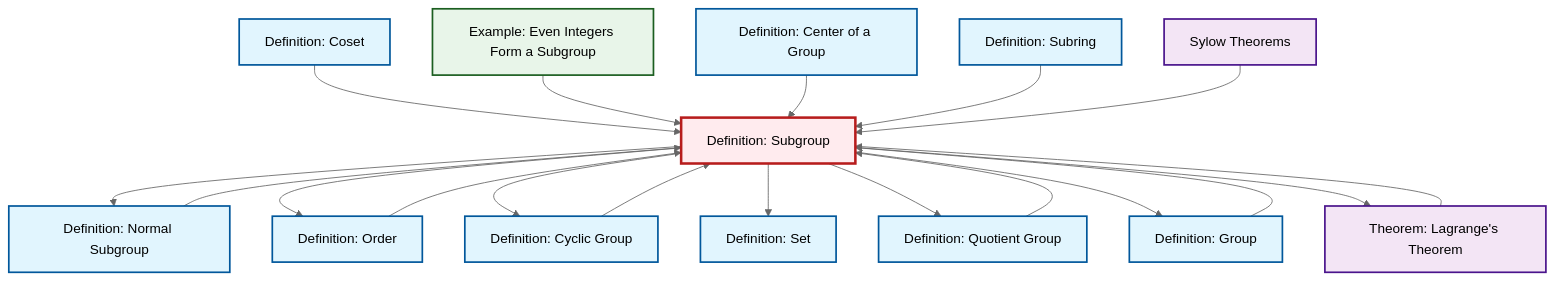
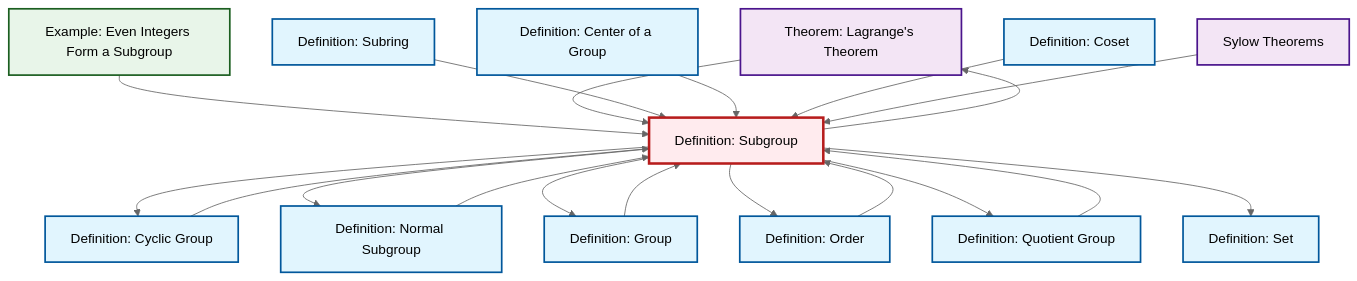
The diagram in content/en/algebra/def-subgroup.qmd (RK0429/ModernMath), drawn with Mermaid (neutral theme) before and after one commit. The commit also changed other lines of this file and 1069 other files, not shown here.

````diff
--- a/content/en/algebra/def-subgroup.qmd
+++ b/content/en/algebra/def-subgroup.qmd
@@ -53,53 +53,53 @@
 ```{mermaid}
 %%| fig-cap: "Local dependency graph"
 graph TD
     classDef definition fill:#e1f5fe,stroke:#01579b,stroke-width:2px
     classDef theorem fill:#f3e5f5,stroke:#4a148c,stroke-width:2px
     classDef axiom fill:#fff3e0,stroke:#e65100,stroke-width:2px
     classDef example fill:#e8f5e9,stroke:#1b5e20,stroke-width:2px
     classDef current fill:#ffebee,stroke:#b71c1c,stroke-width:3px
+    def-set["Definition: Set"]:::definition
+    thm-lagrange["Theorem: Lagrange's Theorem"]:::theorem
+    def-cyclic-group["Definition: Cyclic Group"]:::definition
+    def-normal-subgroup["Definition: Normal Subgroup"]:::definition
+    thm-sylow["Sylow Theorems"]:::theorem
+    def-order["Definition: Order"]:::definition
     ex-even-integers-subgroup["Example: Even Integers Form a Subgroup"]:::example
-    def-set["Definition: Set"]:::definition
+    def-subgroup["Definition: Subgroup"]:::definition
+    def-quotient-group["Definition: Quotient Group"]:::definition
+    def-center-of-group["Definition: Center of a Group"]:::definition
     def-coset["Definition: Coset"]:::definition
-    def-cyclic-group["Definition: Cyclic Group"]:::definition
+    def-subring["Definition: Subring"]:::definition
     def-group["Definition: Group"]:::definition
-    thm-sylow["Sylow Theorems"]:::theorem
-    def-center-of-group["Definition: Center of a Group"]:::definition
-    def-order["Definition: Order"]:::definition
-    def-quotient-group["Definition: Quotient Group"]:::definition
-    thm-lagrange["Theorem: Lagrange's Theorem"]:::theorem
-    def-subgroup["Definition: Subgroup"]:::definition
-    def-subring["Definition: Subring"]:::definition
-    def-normal-subgroup["Definition: Normal Subgroup"]:::definition
+    def-order --> def-subgroup
+    def-subgroup --> def-cyclic-group
+    ex-even-integers-subgroup --> def-subgroup
     def-subgroup --> def-normal-subgroup
-    def-subgroup --> def-order
-    def-coset --> def-subgroup
-    def-subgroup --> def-cyclic-group
-    def-quotient-group --> def-subgroup
-    def-subgroup --> def-set
-    def-normal-subgroup --> def-subgroup
-    ex-even-integers-subgroup --> def-subgroup
     thm-lagrange --> def-subgroup
-    def-cyclic-group --> def-subgroup
-    def-subgroup --> def-quotient-group
-    def-center-of-group --> def-subgroup
-    def-group --> def-subgroup
     def-subgroup --> def-group
     def-subring --> def-subgroup
+    def-center-of-group --> def-subgroup
+    def-coset --> def-subgroup
+    def-subgroup --> def-order
+    def-quotient-group --> def-subgroup
+    def-group --> def-subgroup
+    def-normal-subgroup --> def-subgroup
+    def-subgroup --> def-quotient-group
+    def-subgroup --> def-set
+    thm-sylow --> def-subgroup
+    def-cyclic-group --> def-subgroup
     def-subgroup --> thm-lagrange
-    def-order --> def-subgroup
-    thm-sylow --> def-subgroup
     class def-subgroup current
+    click def-set "def-set.html" "Go to Set definition"
+    click thm-lagrange "thm-lagrange.html" "Go to Lagrange's Theorem theorem"
+    click def-cyclic-group "def-cyclic-group.html" "Go to Cyclic Group definition"
+    click def-normal-subgroup "def-normal-subgroup.html" "Go to Normal Subgroup definition"
+    click thm-sylow "thm-sylow.html" "Go to Sylow Theorems"
+    click def-order "def-order.html" "Go to Order definition"
     click ex-even-integers-subgroup "ex-even-integers-subgroup.html" "Go to Even Integers Form a Subgroup example"
-    click def-set "def-set.html" "Go to Set definition"
+    click def-quotient-group "def-quotient-group.html" "Go to Quotient Group definition"
+    click def-center-of-group "def-center-of-group.html" "Go to Center of a Group definition"
     click def-coset "def-coset.html" "Go to Coset definition"
-    click def-cyclic-group "def-cyclic-group.html" "Go to Cyclic Group definition"
+    click def-subring "def-subring.html" "Go to Subring definition"
     click def-group "def-group.html" "Go to Group definition"
-    click thm-sylow "thm-sylow.html" "Go to Sylow Theorems"
-    click def-center-of-group "def-center-of-group.html" "Go to Center of a Group definition"
-    click def-order "def-order.html" "Go to Order definition"
-    click def-quotient-group "def-quotient-group.html" "Go to Quotient Group definition"
-    click thm-lagrange "thm-lagrange.html" "Go to Lagrange's Theorem theorem"
-    click def-subring "def-subring.html" "Go to Subring definition"
-    click def-normal-subgroup "def-normal-subgroup.html" "Go to Normal Subgroup definition"
 ```
````
